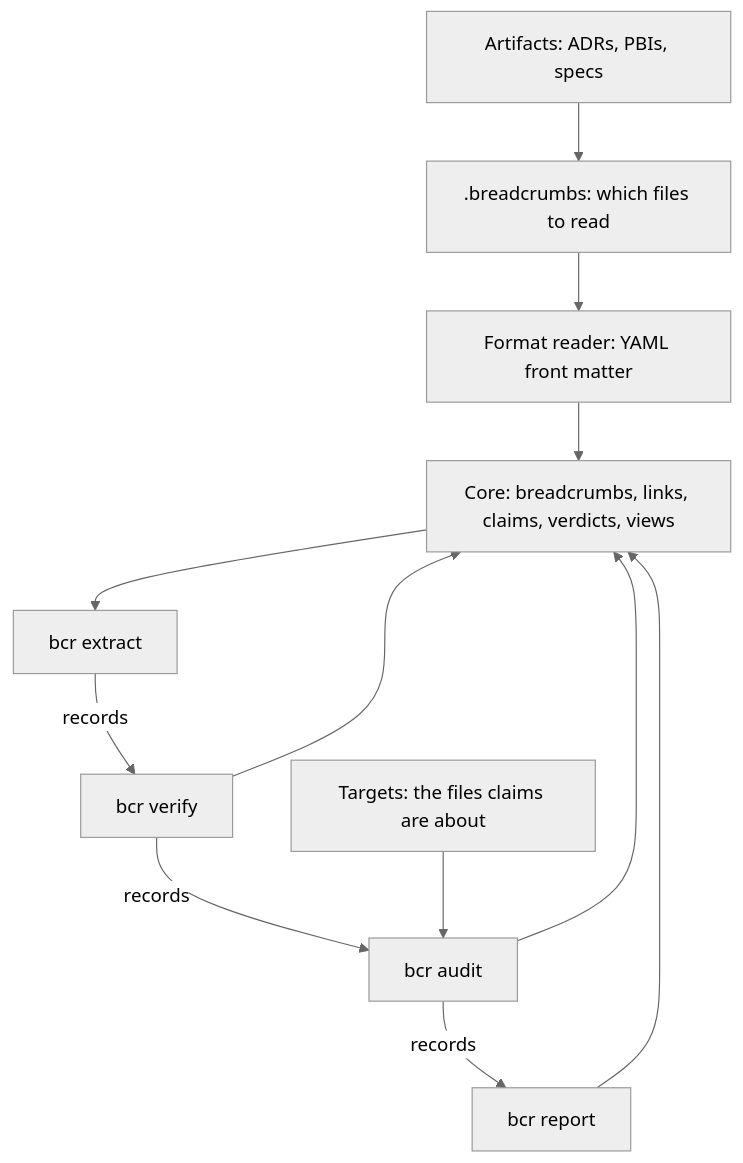
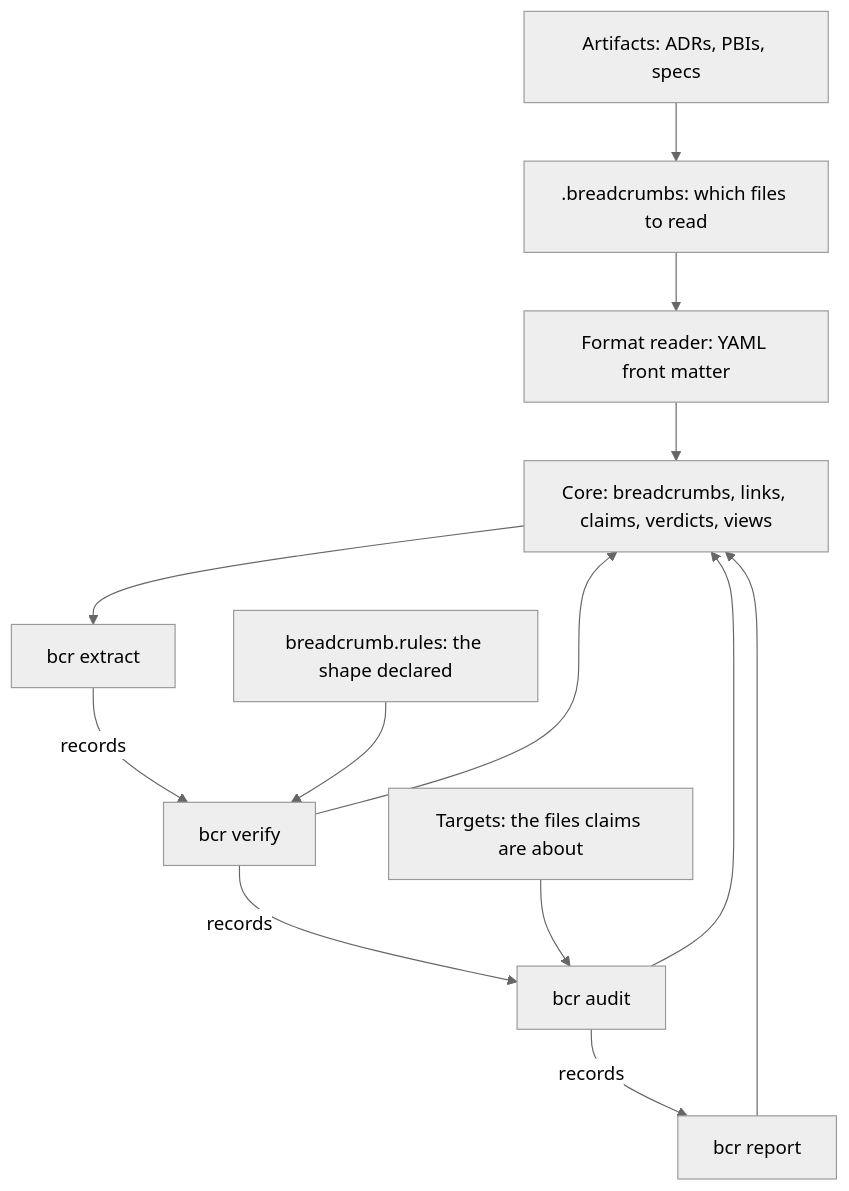
Before and after one commit to rodolfo-mendes/breadcrumb-sdd: the diagram in ARCHITECTURE.md, drawn with Mermaid (neutral theme). The commit also changed other lines of this file and 7 other files, not shown here.

````diff
--- a/ARCHITECTURE.md
+++ b/ARCHITECTURE.md
@@ -20,14 +20,15 @@
 ```mermaid
 flowchart TD
   A["Artifacts: ADRs, PBIs, specs"] --> S[".breadcrumbs: which files to read"]
   S --> R["Format reader: YAML front matter"]
   R --> C["Core: breadcrumbs, links, claims, verdicts, views"]
   C --> E["bcr extract"]
   E -- records --> V["bcr verify"]
   V -- records --> U["bcr audit"]
   U -- records --> P["bcr report"]
+  Q["breadcrumb.rules: the shape declared"] --> V
   T["Targets: the files claims are about"] --> U
   V --> C
   U --> C
   P --> C
 ```
````
